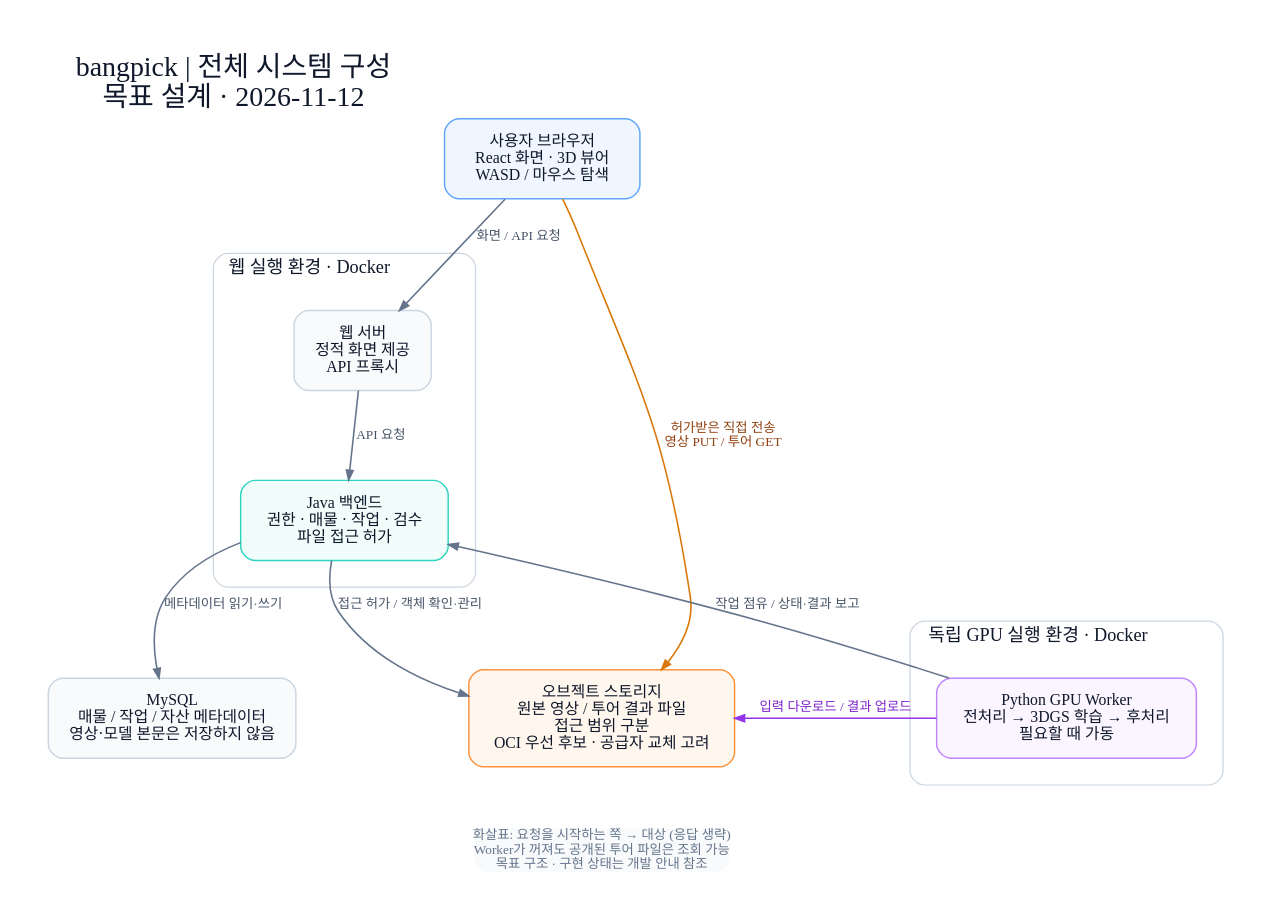
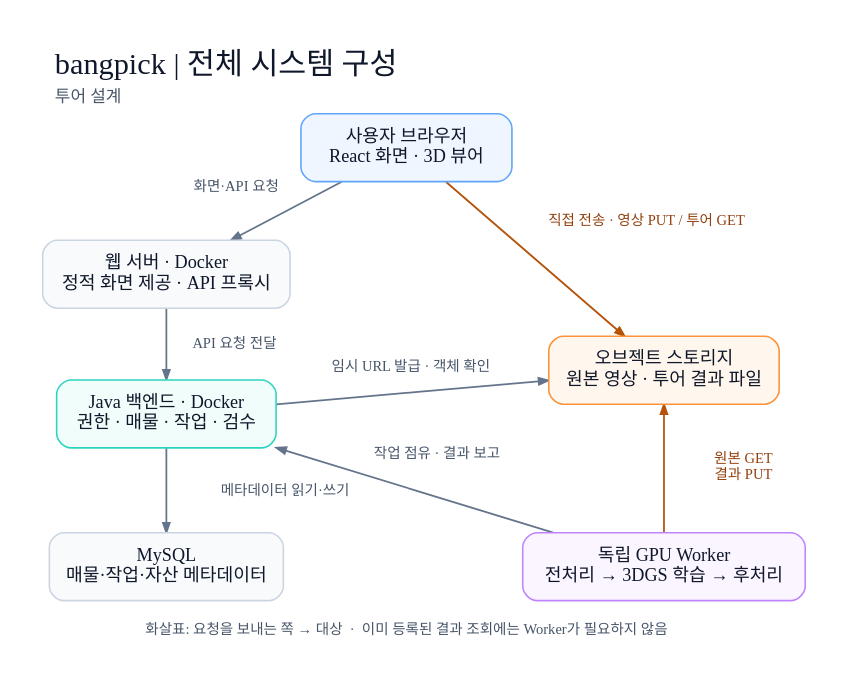
The diagram in docs/diagrams/system-overview.dot (Bang9634/bangpick), drawn with Graphviz before and after one commit. The commit also changed 29 other files, not shown here.

```diff
--- a/docs/diagrams/system-overview.dot
+++ b/docs/diagrams/system-overview.dot
@@ -1,35 +1,37 @@
 digraph SystemOverview {
-  graph [rankdir=TB, bgcolor="white", pad=0.45, nodesep=0.6, ranksep=0.7,
-    label="bangpick | 전체 시스템 구성\n목표 설계 · 2026-11-12", labelloc=t, labeljust=l,
-    fontsize=23, fontcolor="#0f172a", compound=true, newrank=true];
+  graph [layout=neato, overlap=true, splines=line, outputorder=edgesfirst,
+    bgcolor="white", pad=0.38, labelloc=t, labeljust=l, fontcolor="#0f172a",
+    label=<<TABLE BORDER="0" CELLBORDER="0" CELLSPACING="0" CELLPADDING="2">
+      <TR><TD ALIGN="LEFT"><FONT POINT-SIZE="25">bangpick | 전체 시스템 구성</FONT></TD></TR>
+      <TR><TD ALIGN="LEFT"><FONT POINT-SIZE="14" COLOR="#475569">투어 설계</FONT></TD></TR>
+    </TABLE>>];
   node [shape=box, style="rounded,filled", color="#cbd5e1", fillcolor="#f8fafc",
-    fontcolor="#0f172a", fontsize=13, margin="0.23,0.17", penwidth=1.2];
-  edge [color="#64748b", fontcolor="#475569", fontsize=11, arrowsize=0.8, penwidth=1.3];
+    fontcolor="#0f172a", fontsize=15, margin="0.22,0.15", penwidth=1.3];
+  edge [color="#64748b", arrowsize=0.8, penwidth=1.45];
 
-  browser [label="사용자 브라우저\nReact 화면 · 3D 뷰어\nWASD / 마우스 탐색", fillcolor="#eff6ff", color="#60a5fa"];
+  browser [pos="4.9,5.8!", label="사용자 브라우저\nReact 화면 · 3D 뷰어", fillcolor="#eff6ff", color="#60a5fa"];
+  web [pos="2.15,4.35!", label="웹 서버 · Docker\n정적 화면 제공 · API 프록시"];
+  backend [pos="2.15,2.75!", label="Java 백엔드 · Docker\n권한 · 매물 · 작업 · 검수", fillcolor="#f0fdfa", color="#2dd4bf"];
+  db [pos="2.15,1.0!", label="MySQL\n매물·작업·자산 메타데이터"];
+  storage [pos="7.85,3.25!", label="오브젝트 스토리지\n원본 영상 · 투어 결과 파일", fillcolor="#fff7ed", color="#fb923c"];
+  worker [pos="7.85,1.0!", label="독립 GPU Worker\n전처리 → 3DGS 학습 → 후처리", fillcolor="#faf5ff", color="#c084fc"];
 
-  subgraph cluster_web {
-    label="웹 실행 환경 · Docker"; fontsize=15; color="#cbd5e1"; style=rounded; margin=22;
-    web [label="웹 서버\n정적 화면 제공\nAPI 프록시"];
-    backend [label="Java 백엔드\n권한 · 매물 · 작업 · 검수\n파일 접근 허가", fillcolor="#f0fdfa", color="#2dd4bf"];
-    web -> backend [label="API 요청"];
-  }
-  db [label="MySQL\n매물 / 작업 / 자산 메타데이터\n영상·모델 본문은 저장하지 않음"];
-  storage [label="오브젝트 스토리지\n원본 영상 / 투어 결과 파일\n접근 범위 구분\nOCI 우선 후보 · 공급자 교체 고려", fillcolor="#fff7ed", color="#fb923c"];
-  subgraph cluster_gpu {
-    label="독립 GPU 실행 환경 · Docker"; fontsize=15; color="#cbd5e1"; style=rounded; margin=22;
-    worker [label="Python GPU Worker\n전처리 → 3DGS 학습 → 후처리\n필요할 때 가동", fillcolor="#faf5ff", color="#c084fc"];
-  }
+  browser -> web;
+  web -> backend;
+  backend -> db;
+  backend -> storage;
+  browser -> storage [color="#b45309"];
+  worker -> backend;
+  worker -> storage [color="#b45309"];
 
-  browser -> web [label="화면 / API 요청"];
-  backend -> db [label="메타데이터 읽기·쓰기"];
-  backend -> storage [label="접근 허가 / 객체 확인·관리"];
-  browser -> storage [label="허가받은 직접 전송\n영상 PUT / 투어 GET", color="#d97706", fontcolor="#92400e"];
-  worker -> backend [label="작업 점유 / 상태·결과 보고", constraint=false];
-  worker -> storage [label="입력 다운로드 / 결과 업로드", color="#9333ea", fontcolor="#7e22ce"];
-  {rank=same; db; worker; storage;}
-
-  legend [shape=plain, fontsize=11, fontcolor="#64748b",
-    label="화살표: 요청을 시작하는 쪽 → 대상 (응답 생략)\nWorker가 꺼져도 공개된 투어 파일은 조회 가능\n목표 구조 · 구현 상태는 개발 안내 참조"];
-  storage -> legend [style=invis];
+  node [shape=box, width=0, height=0, style=filled, fillcolor="white", color="white",
+    fontcolor="#475569", margin="0.045,0.015", fontsize=12];
+  browser_api [pos="2.95,5.35!", label="화면·API 요청"];
+  front_direct [pos="7.65,4.96!", label="직접 전송 · 영상 PUT / 투어 GET", fontcolor="#92400e"];
+  proxy [pos="2.93,3.55!", label="API 요청 전달"];
+  db_access [pos="3.51,1.86!", label="메타데이터 읽기·쓰기"];
+  storage_access [pos="4.95,3.29!", label="임시 URL 발급 · 객체 확인"];
+  worker_report [pos="5.25,2.29!", label="작업 점유 · 결과 보고"];
+  worker_direct [pos="8.76,2.14!", label="원본 GET\n결과 PUT", fontcolor="#92400e"];
+  legend [pos="4.9,0.27!", label="화살표: 요청을 보내는 쪽 → 대상  ·  이미 등록된 결과 조회에는 Worker가 필요하지 않음"];
 }
```
